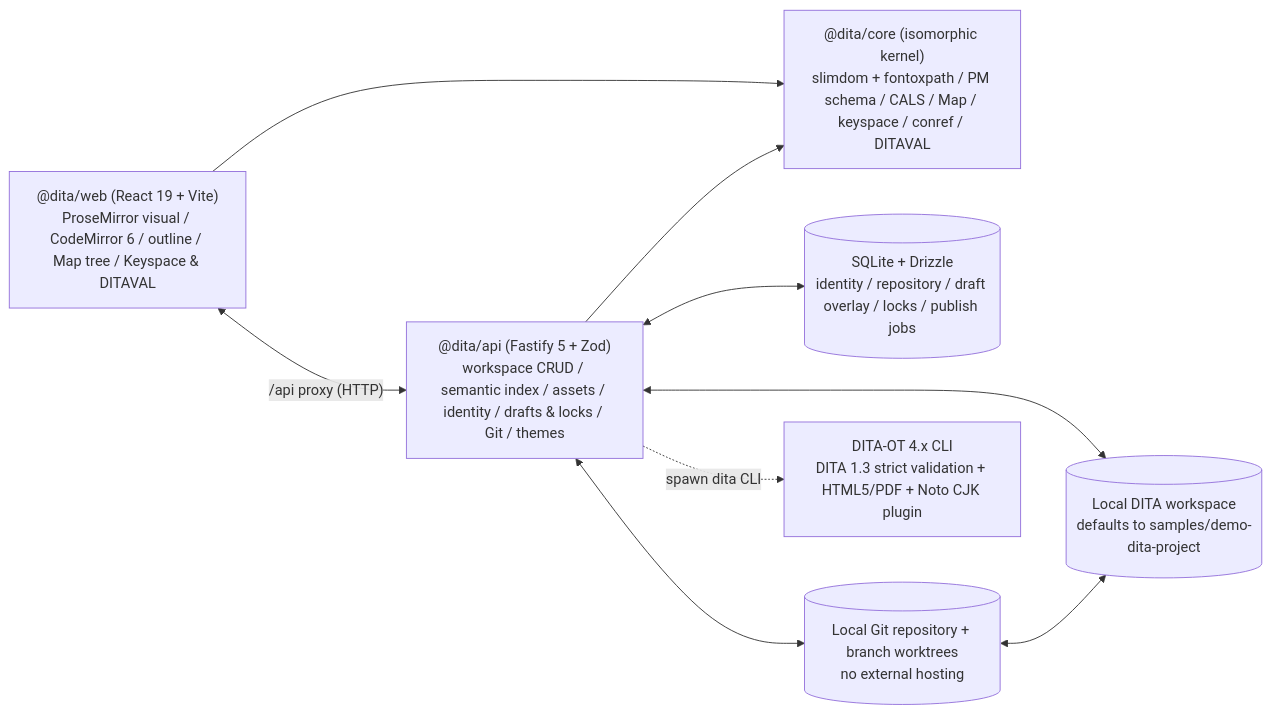
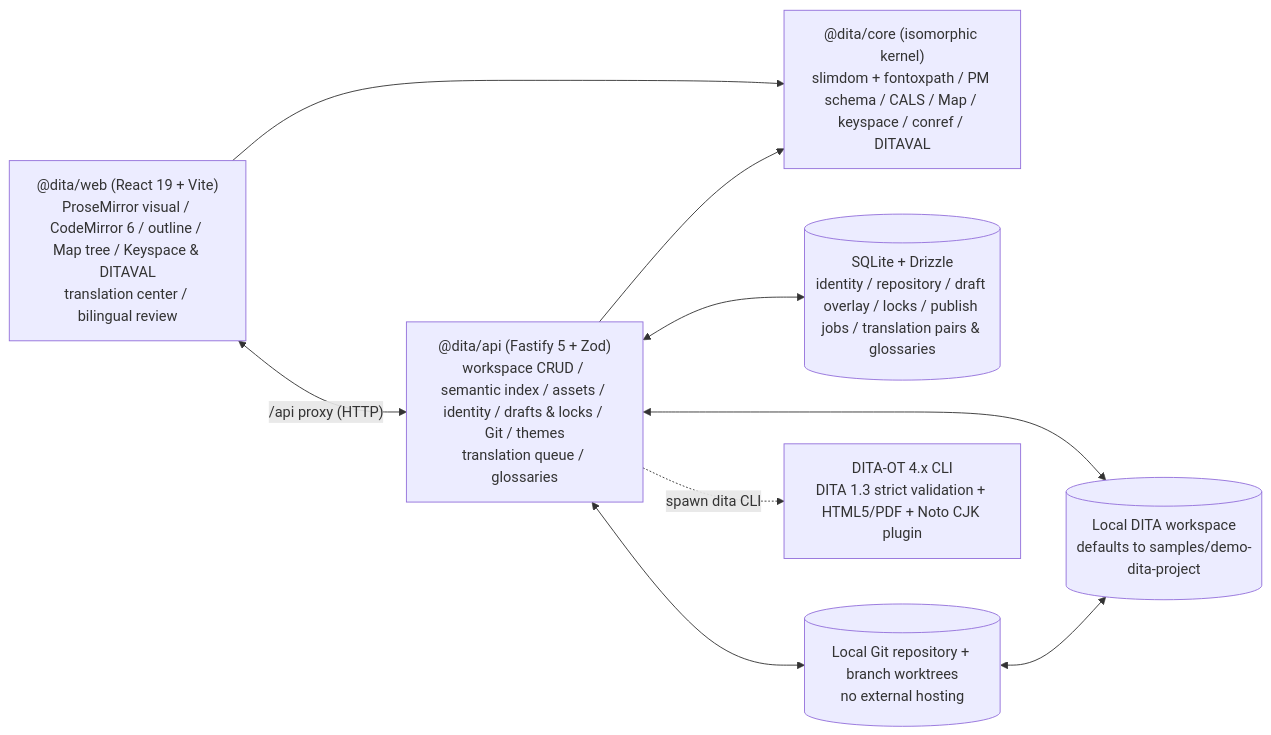
One commit to Ericfeng84/DITAEditor changed the diagram in README.en.md. Above: the diagram before and after it, drawn with Mermaid. The commit also changed other lines of this file and 159 other files, not shown here.

First line of the commit message:
feat(translation): deliver paired translation and bilingual review (Phase 16)

````diff
--- a/README.en.md
+++ b/README.en.md
@@ -268,19 +289,19 @@
 ```mermaid
 flowchart LR
-    Web["@dita/web (React 19 + Vite)<br/>ProseMirror visual / CodeMirror 6 / outline / Map tree / Keyspace & DITAVAL"]
-    API["@dita/api (Fastify 5 + Zod)<br/>workspace CRUD / semantic index / assets / identity / drafts & locks / Git / themes"]
+    Web["@dita/web (React 19 + Vite)<br/>ProseMirror visual / CodeMirror 6 / outline / Map tree / Keyspace & DITAVAL<br/>translation center / bilingual review"]
+    API["@dita/api (Fastify 5 + Zod)<br/>workspace CRUD / semantic index / assets / identity / drafts & locks / Git / themes<br/>translation queue / glossaries"]
     Core["@dita/core (isomorphic kernel)<br/>slimdom + fontoxpath / PM schema / CALS / Map / keyspace / conref / DITAVAL"]
     FS[("Local DITA workspace<br/>defaults to samples/demo-dita-project")]
-    DB[("SQLite + Drizzle<br/>identity / repository / draft overlay / locks / publish jobs")]
+    DB[("SQLite + Drizzle<br/>identity / repository / draft overlay / locks / publish jobs / translation pairs & glossaries")]
     GIT[("Local Git repository + branch worktrees<br/>no external hosting")]
     CLI["DITA-OT 4.x CLI<br/>DITA 1.3 strict validation + HTML5/PDF + Noto CJK plugin"]
 
     Web <-->|"/api proxy (HTTP)"| API
     Web --> Core
     API --> Core
     API <--> FS
     API <--> DB
     API <--> GIT
     GIT <--> FS
     API -.->|"spawn dita CLI"| CLI
 ```
````
